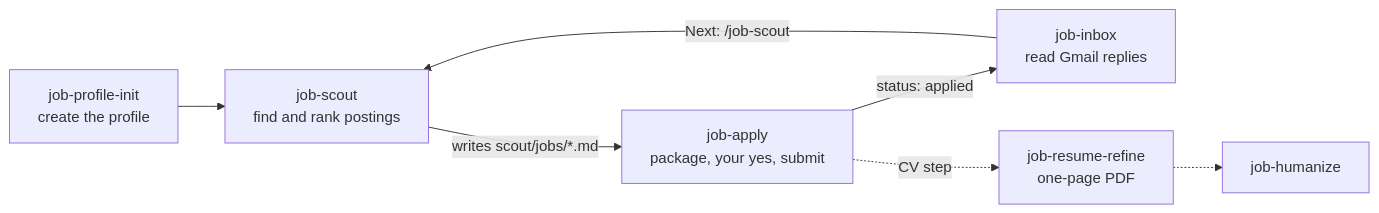
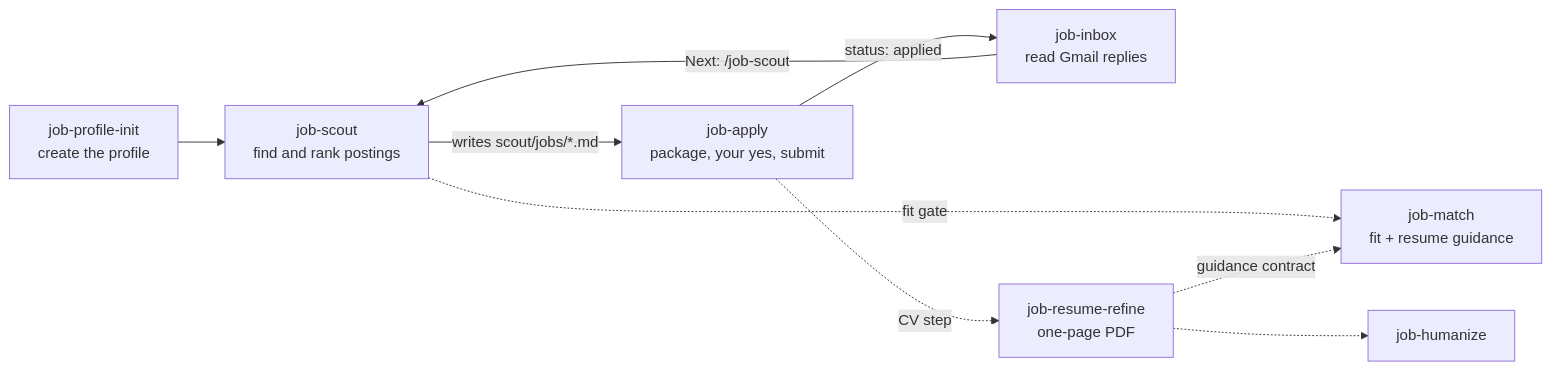
Before and after one commit to rafaeelricco/job-kit: the diagram in README.md, drawn with Mermaid. The commit also changed other lines of this file and 11 other files, not shown here.

````diff
--- a/README.md
+++ b/README.md
@@ -20,9 +20,12 @@
 ```mermaid
 flowchart LR
     init["job-profile-init<br/>create the profile"] --> scout
     scout["job-scout<br/>find and rank postings"] -->|"writes scout/jobs/*.md"| apply
     apply["job-apply<br/>package, your yes, submit"] -->|"status: applied"| inbox
     inbox["job-inbox<br/>read Gmail replies"] -->|"Next: /job-scout"| scout
     apply -.->|"CV step"| refine["job-resume-refine<br/>one-page PDF"]
+    match["job-match<br/>fit + resume guidance"]
+    scout -.->|"fit gate"| match
+    refine -.->|"guidance contract"| match
     refine -.-> humanize["job-humanize"]
 ```
````
